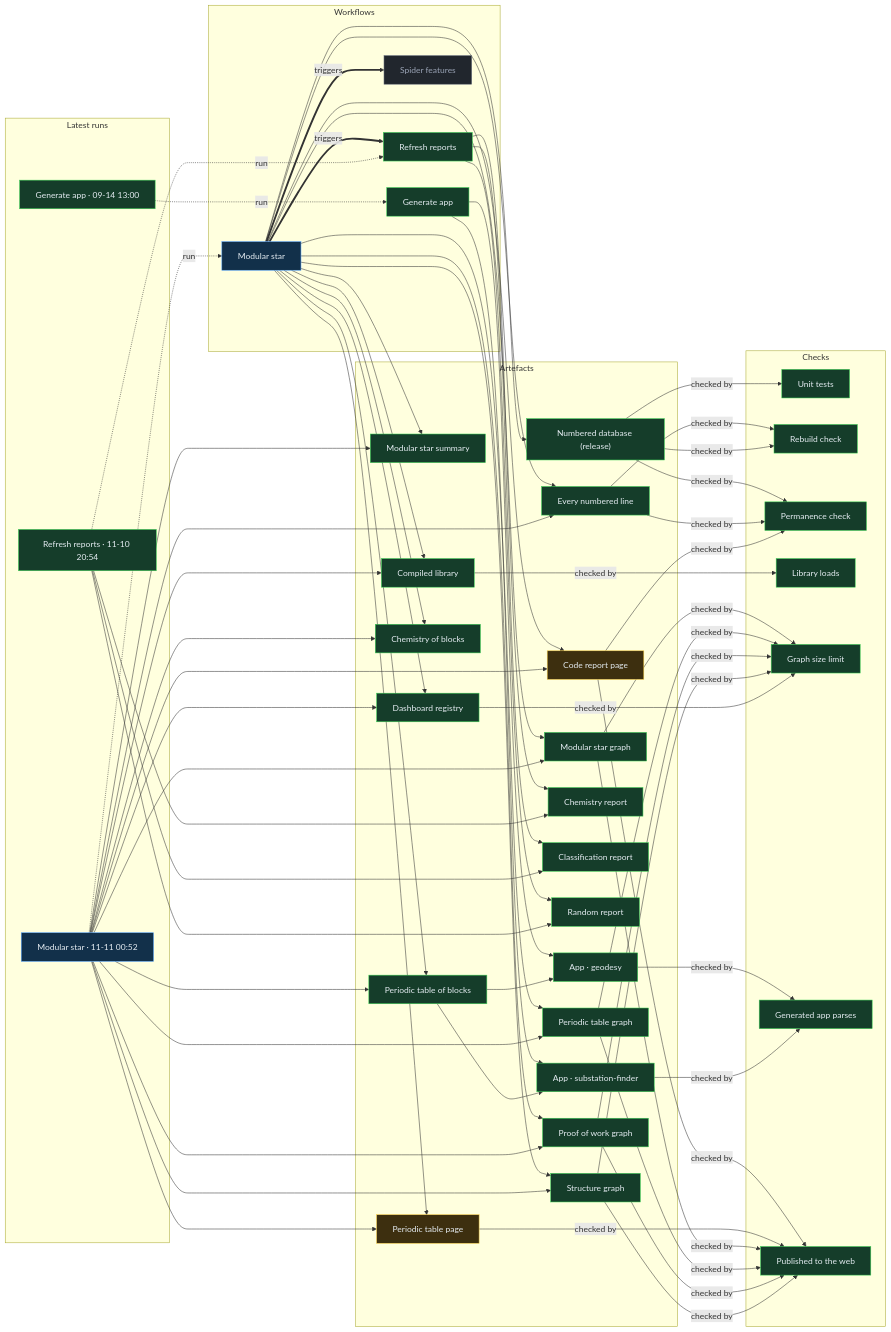
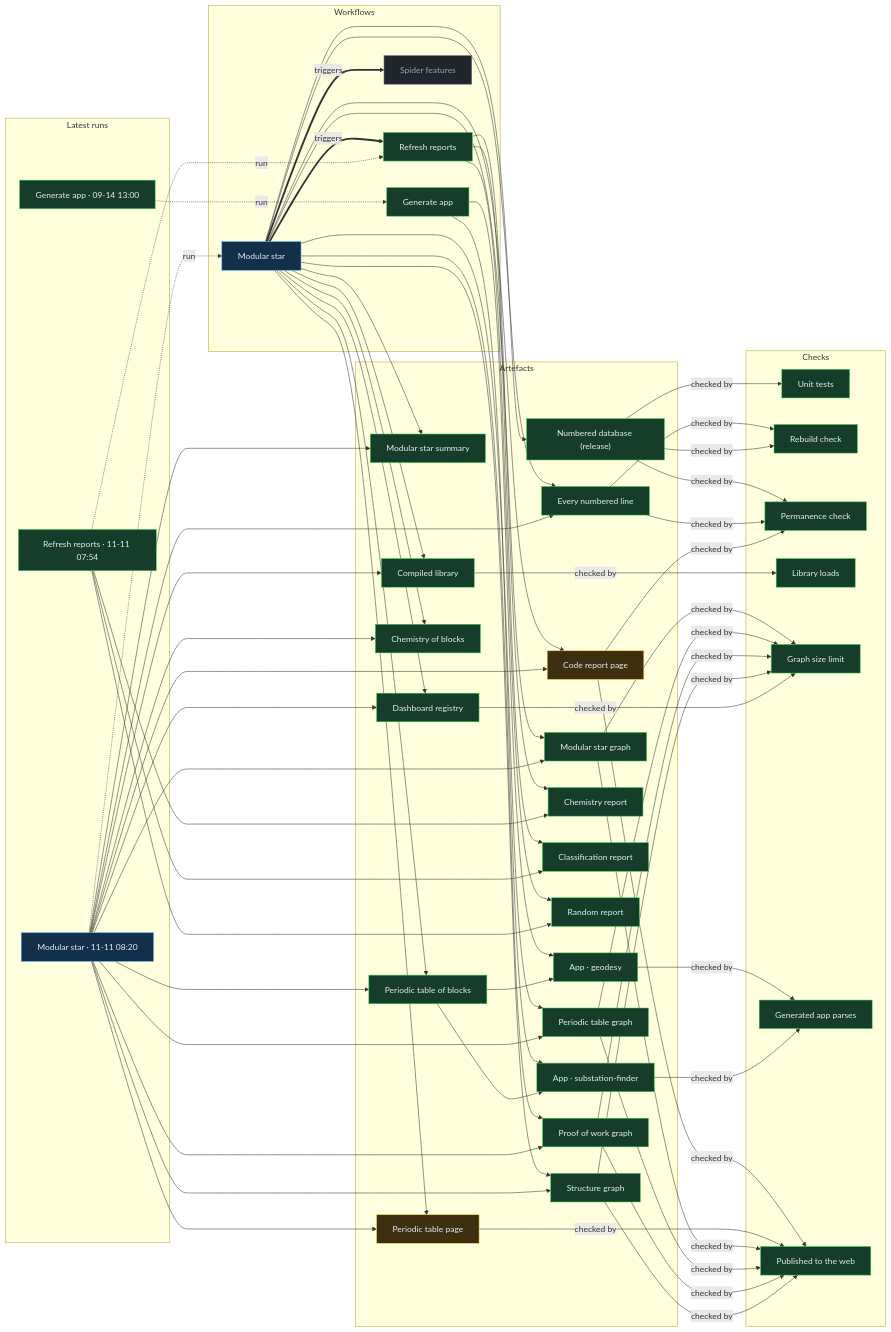
The diagram in proof/PROOF.md (Ventusltd/stars), drawn with Mermaid before and after one commit. The commit also changed other lines of this file and 49 other files, not shown here.

Commit message:
Modular star 2026-11-11T08:22Z

```diff
--- a/proof/PROOF.md
+++ b/proof/PROOF.md
@@ -24,8 +24,8 @@
   n_wf_spider_features["Spider features"]:::off
   end
   subgraph g_runs["Latest runs"]
-  n_run_42934699492["Modular star · 11-11 00:52"]:::live
-  n_run_42899896160["Refresh reports · 11-10 20:54"]:::ok
+  n_run_42986214775["Modular star · 11-11 08:20"]:::live
+  n_run_42982933973["Refresh reports · 11-11 07:54"]:::ok
   n_run_34846587798["Generate app · 09-14 13:00"]:::ok
   end
   subgraph g_artefacts["Artefacts"]
@@ -59,39 +59,39 @@
   end
   n_wf_modular_star == triggers ==> n_wf_refresh
   n_wf_modular_star == triggers ==> n_wf_spider_features
-  n_run_42934699492 -. run .-> n_wf_modular_star
-  n_run_42899896160 -. run .-> n_wf_refresh
+  n_run_42986214775 -. run .-> n_wf_modular_star
+  n_run_42982933973 -. run .-> n_wf_refresh
   n_run_34846587798 -. run .-> n_wf_generate
   n_wf_modular_star --> n_art_summary
-  n_run_42934699492 --> n_art_summary
+  n_run_42986214775 --> n_art_summary
   n_wf_modular_star --> n_art_lines
-  n_run_42934699492 --> n_art_lines
+  n_run_42986214775 --> n_art_lines
   n_wf_modular_star --> n_art_code
-  n_run_42934699492 --> n_art_code
+  n_run_42986214775 --> n_art_code
   n_wf_modular_star --> n_art_modular_graph
-  n_run_42934699492 --> n_art_modular_graph
+  n_run_42986214775 --> n_art_modular_graph
   n_wf_modular_star --> n_art_blocks
-  n_run_42934699492 --> n_art_blocks
+  n_run_42986214775 --> n_art_blocks
   n_wf_modular_star --> n_art_table
-  n_run_42934699492 --> n_art_table
+  n_run_42986214775 --> n_art_table
   n_wf_modular_star --> n_art_blocks_graph
-  n_run_42934699492 --> n_art_blocks_graph
+  n_run_42986214775 --> n_art_blocks_graph
   n_wf_modular_star --> n_art_reactions
-  n_run_42934699492 --> n_art_reactions
+  n_run_42986214775 --> n_art_reactions
   n_wf_modular_star --> n_art_library
-  n_run_42934699492 --> n_art_library
+  n_run_42986214775 --> n_art_library
   n_wf_modular_star --> n_art_features
-  n_run_42934699492 --> n_art_features
+  n_run_42986214775 --> n_art_features
   n_wf_modular_star --> n_art_proof
-  n_run_42934699492 --> n_art_proof
+  n_run_42986214775 --> n_art_proof
   n_wf_modular_star --> n_art_structure
-  n_run_42934699492 --> n_art_structure
+  n_run_42986214775 --> n_art_structure
   n_wf_refresh --> n_art_chemistry
-  n_run_42899896160 --> n_art_chemistry
+  n_run_42982933973 --> n_art_chemistry
   n_wf_refresh --> n_art_vedic
-  n_run_42899896160 --> n_art_vedic
+  n_run_42982933973 --> n_art_vedic
   n_wf_refresh --> n_art_random
-  n_run_42899896160 --> n_art_random
+  n_run_42982933973 --> n_art_random
   n_wf_modular_star --> n_art_release
   n_wf_generate --> n_app_geodesy
   n_art_blocks --> n_app_geodesy
```
